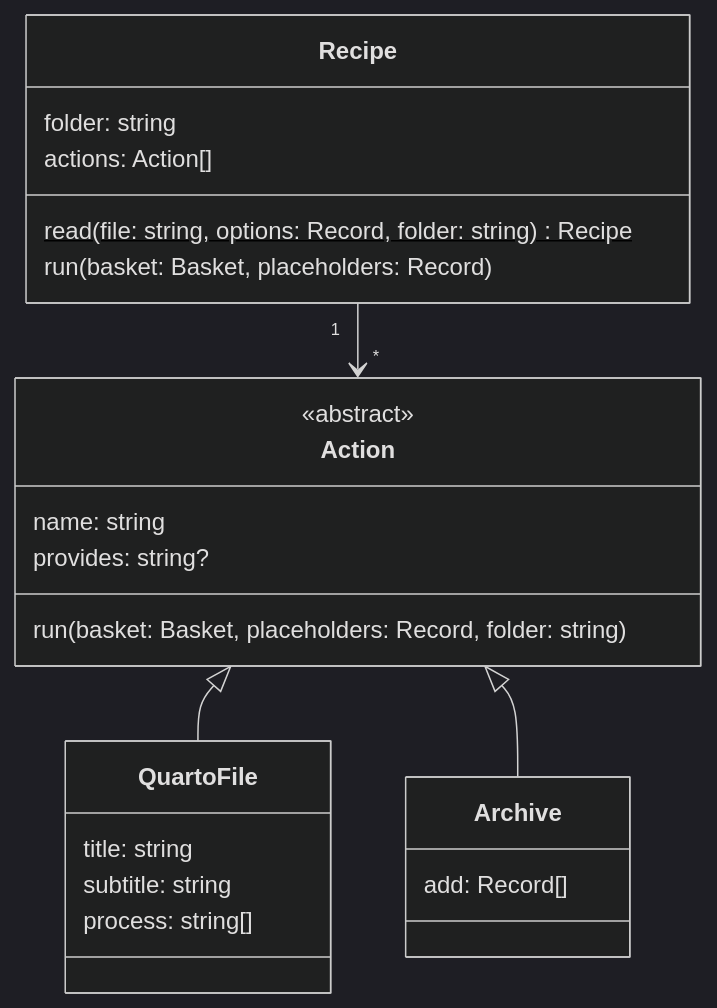
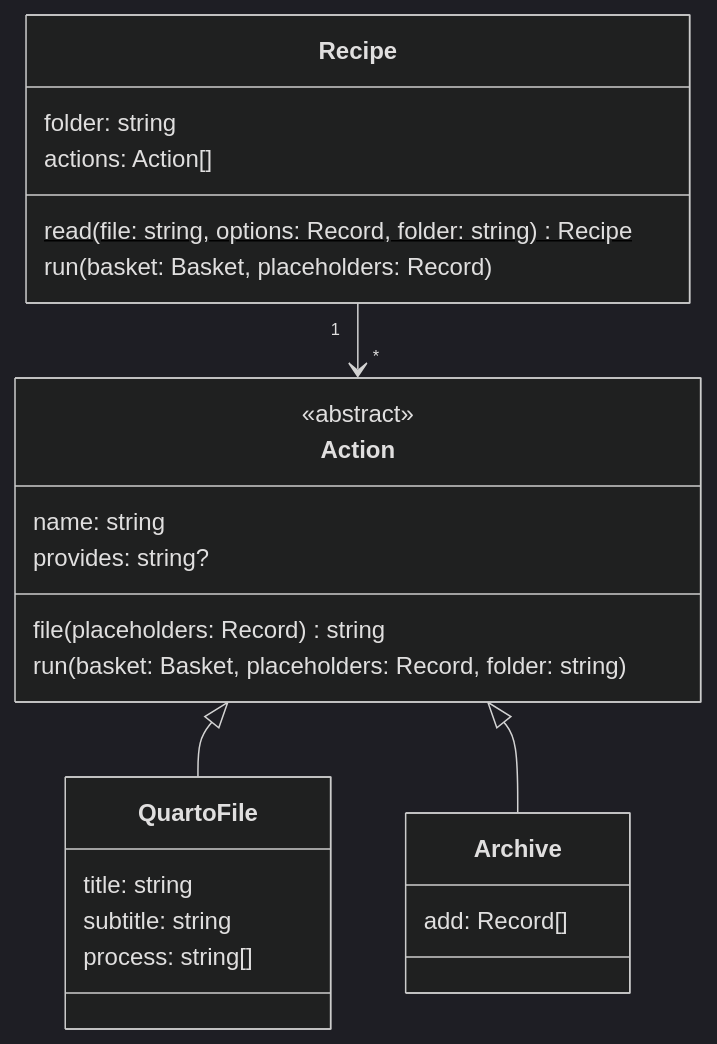
The fifth of 5 diagrams in DESIGN.md (matthiasbaitsch/quarto-loi-moi), drawn with Mermaid (dark theme) before and after one commit. The commit also changed other lines of this file and 12 other files, not shown here.

````diff
--- a/DESIGN.md
+++ b/DESIGN.md
@@ -197,27 +200,28 @@
 ```mermaid
 classDiagram
   direction TD
   Recipe "1" --> "*" Action
   Action <|-- QuartoFile
   Action <|-- Archive
   class Recipe {
     folder: string
     actions: Action[]
     read(file: string, options: Record, folder: string)$ Recipe
     run(basket: Basket, placeholders: Record)
   }
   class Action {
     <<abstract>>
     name: string
     provides: string?
+    file(placeholders: Record) string
     run(basket: Basket, placeholders: Record, folder: string)
   }
   class QuartoFile {
     title: string
     subtitle: string
     process: string[]
   }
   class Archive {
     add: Record[]
   }
 ```
````
